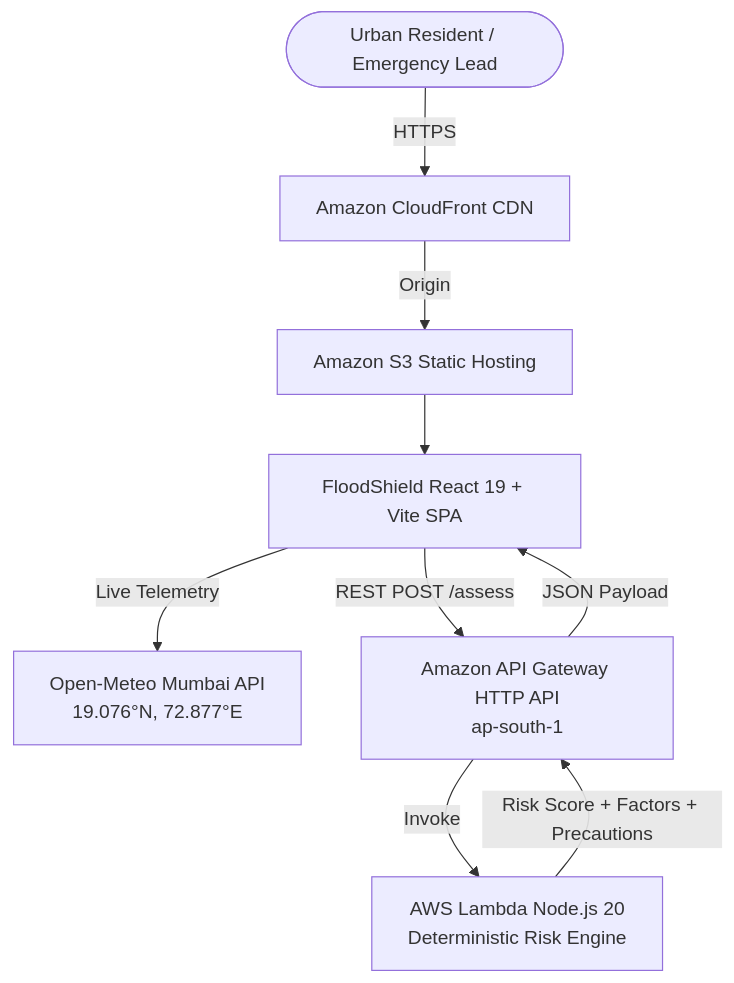
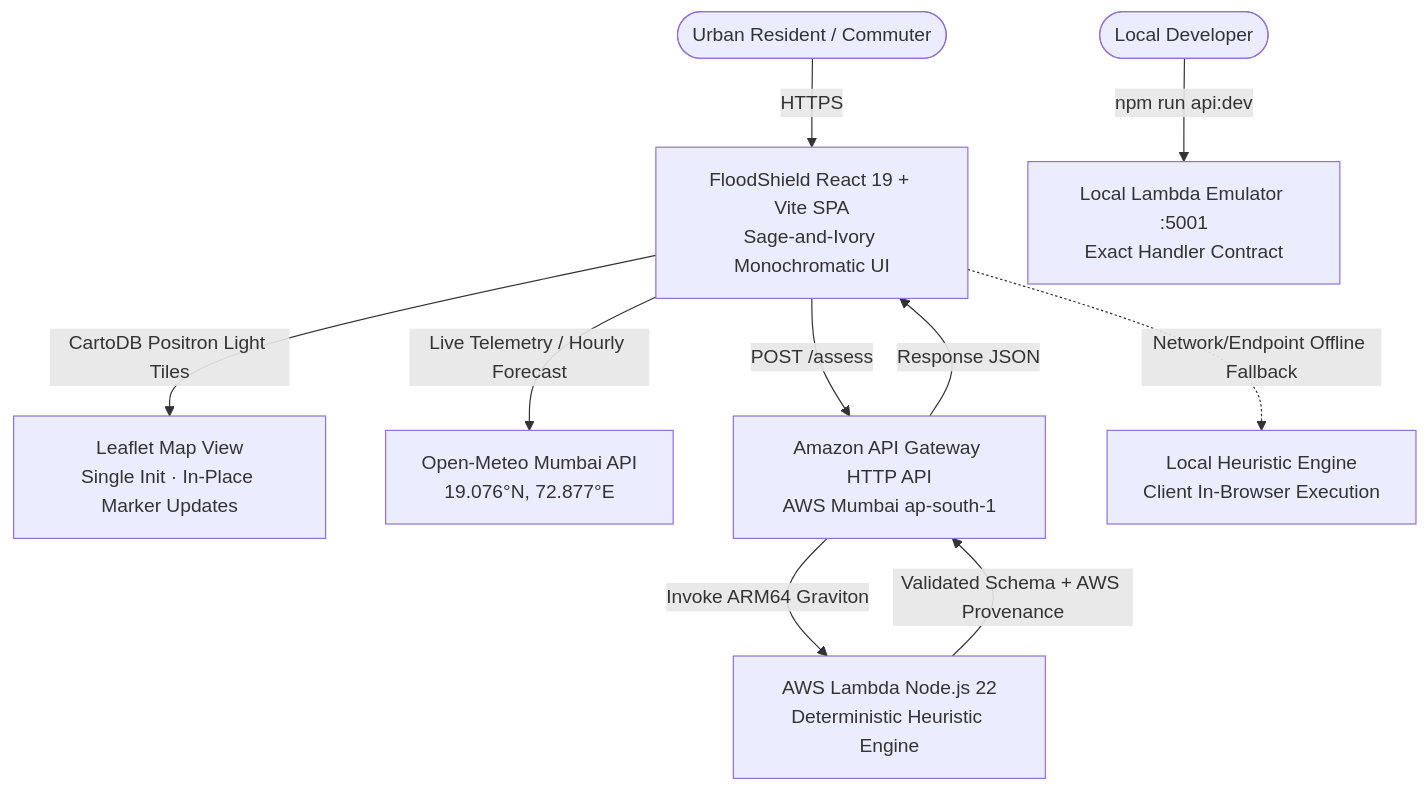
Before and after one commit to palak413/FloodShield: the diagram in README.md, drawn with Mermaid. The commit also changed other lines of this file and 15 other files, not shown here.

Commit message:
feat: upgrade AWS runtime to Node.js 22, harden weather telemetry & map performance, add strict schema validation and test suite

````diff
--- a/README.md
+++ b/README.md
@@ -22,13 +23,16 @@
 ```mermaid
 graph TD
-    User([Urban Resident / Emergency Lead]) -->|HTTPS| CloudFront[Amazon CloudFront CDN]
-    CloudFront -->|Origin| S3[Amazon S3 Static Hosting]
-    S3 --> ReactApp[FloodShield React 19 + Vite SPA]
+    User([Urban Resident / Commuter]) -->|HTTPS| WebApp[FloodShield React 19 + Vite SPA\nSage-and-Ivory Monochromatic UI]
+    WebApp -->|CartoDB Positron Light Tiles| LeafletMap[Leaflet Map View\nSingle Init · In-Place Marker Updates]
     
-    ReactApp -->|Live Telemetry| OpenMeteo[Open-Meteo Mumbai API\n19.076°N, 72.877°E]
-    ReactApp -->|REST POST /assess| ApiGateway[Amazon API Gateway HTTP API\nap-south-1]
+    WebApp -->|Live Telemetry / Hourly Forecast| OpenMeteo[Open-Meteo Mumbai API\n19.076°N, 72.877°E]
     
-    ApiGateway -->|Invoke| LambdaFunction[AWS Lambda Node.js 20\nDeterministic Risk Engine]
-    LambdaFunction -->|Risk Score + Factors + Precautions| ApiGateway
-    ApiGateway -->|JSON Payload| ReactApp
+    WebApp -->|POST /assess| ApiGateway[Amazon API Gateway HTTP API\nAWS Mumbai ap-south-1]
+    ApiGateway -->|Invoke ARM64 Graviton| LambdaFunction[AWS Lambda Node.js 22\nDeterministic Heuristic Engine]
+    LambdaFunction -->|Validated Schema + AWS Provenance| ApiGateway
+    ApiGateway -->|Response JSON| WebApp
+    
+    WebApp -.->|Network/Endpoint Offline Fallback| LocalEngine[Local Heuristic Engine\nClient In-Browser Execution]
+    
+    DevUser([Local Developer]) -->|npm run api:dev| LocalLambda[Local Lambda Emulator :5001\nExact Handler Contract]
 ```
````
